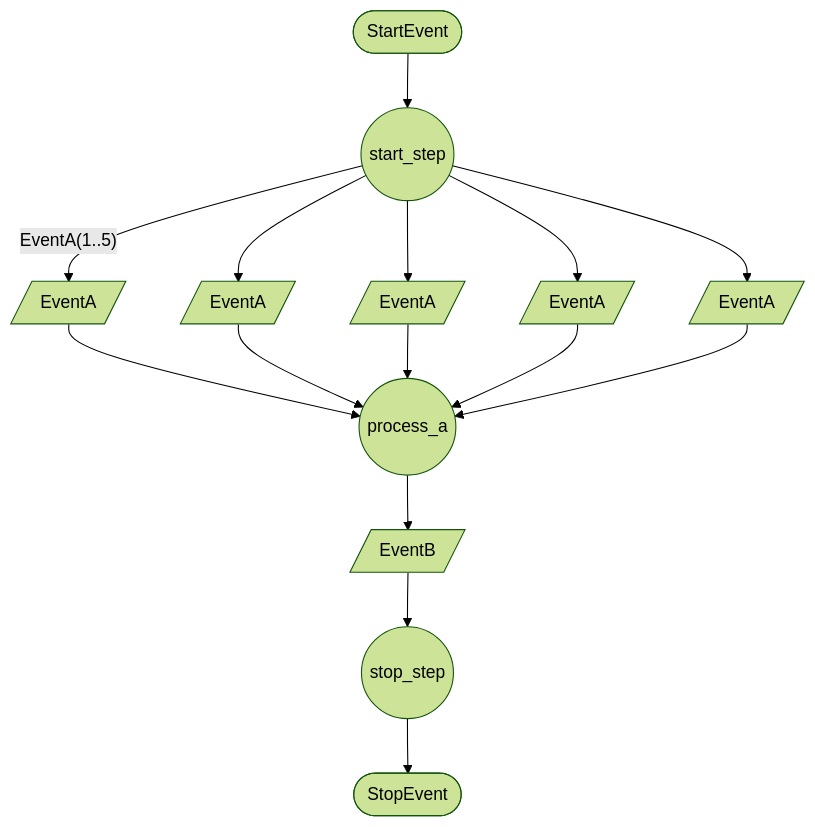
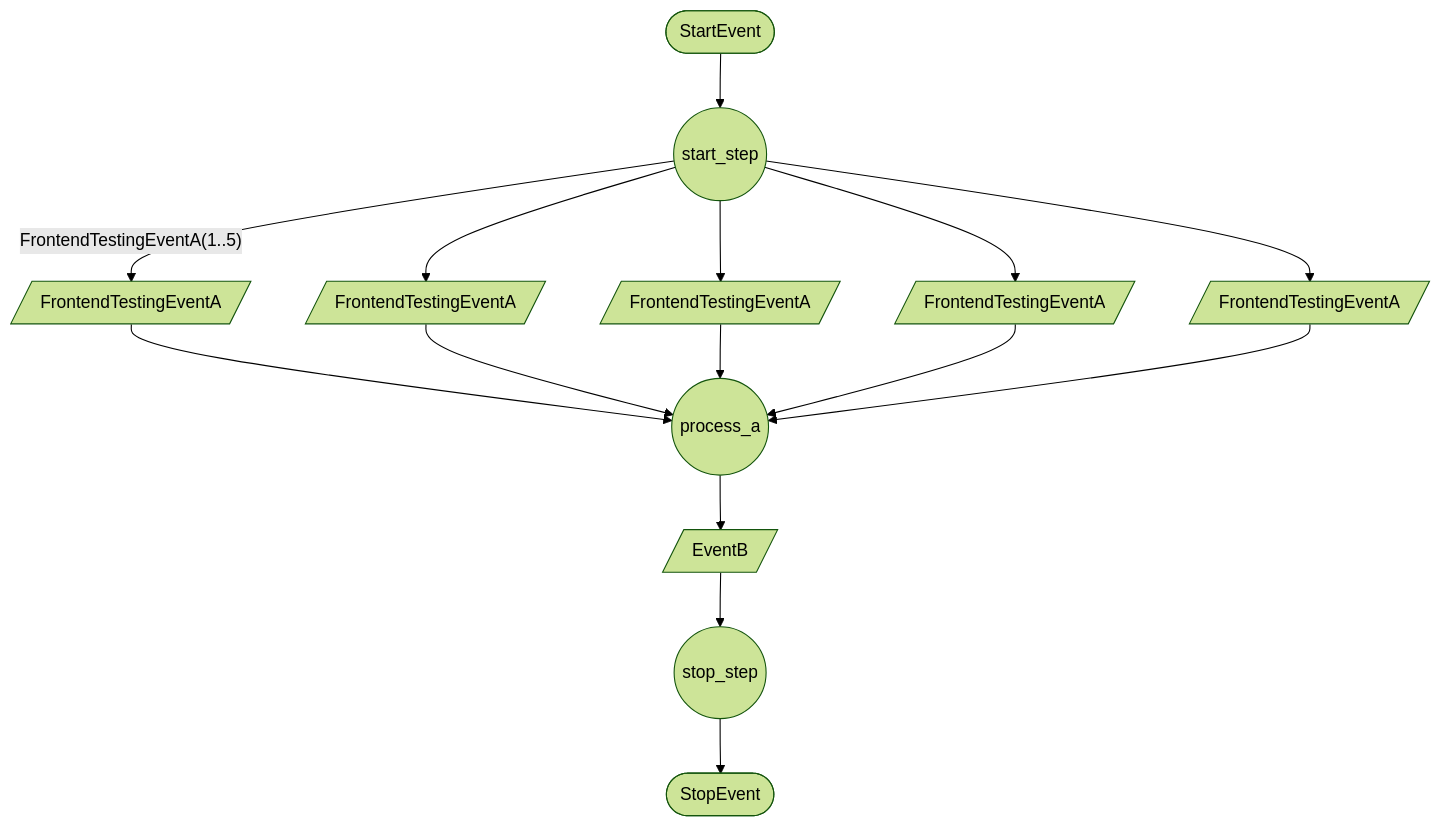
Before and after one commit to bbvch-ai/aihub-core: the third of 5 diagrams in aihub_doc/5_agents_in_detail.md, drawn with Mermaid (forest theme). The commit also changed other lines of this file and 13 other files, not shown here.

````diff
--- a/aihub_doc/5_agents_in_detail.md
+++ b/aihub_doc/5_agents_in_detail.md
@@ -418,24 +418,24 @@
 ```mermaid
 flowchart TD
 
     StartEvent([StartEvent]) --> StartStep((start_step))
-    StartStep -->|"EventA(1..5)"| A1[/EventA/]
-    StartStep --> A2[/EventA/]
-    StartStep --> A3[/EventA/]
-    StartStep --> A4[/EventA/]
-    StartStep --> A5[/EventA/]
+    StartStep -->|"FrontendTestingEventA(1..5)"| A1[/FrontendTestingEventA/]
+    StartStep --> A2[/FrontendTestingEventA/]
+    StartStep --> A3[/FrontendTestingEventA/]
+    StartStep --> A4[/FrontendTestingEventA/]
+    StartStep --> A5[/FrontendTestingEventA/]
 
     A1 --> ProcessA((process_a))
     A2 --> ProcessA
     A3 --> ProcessA
     A4 --> ProcessA
     A5 --> ProcessA
 
     ProcessA --> EventB[/EventB/]
 
     %% Multiple parallel process_a steps each produce an EventB
     %% Eventually all 5 EventB events reach stop_step
     EventB:::multiple --> StopStep((stop_step))
 
     StopStep --> StopEvent([StopEvent])
 ```
````
